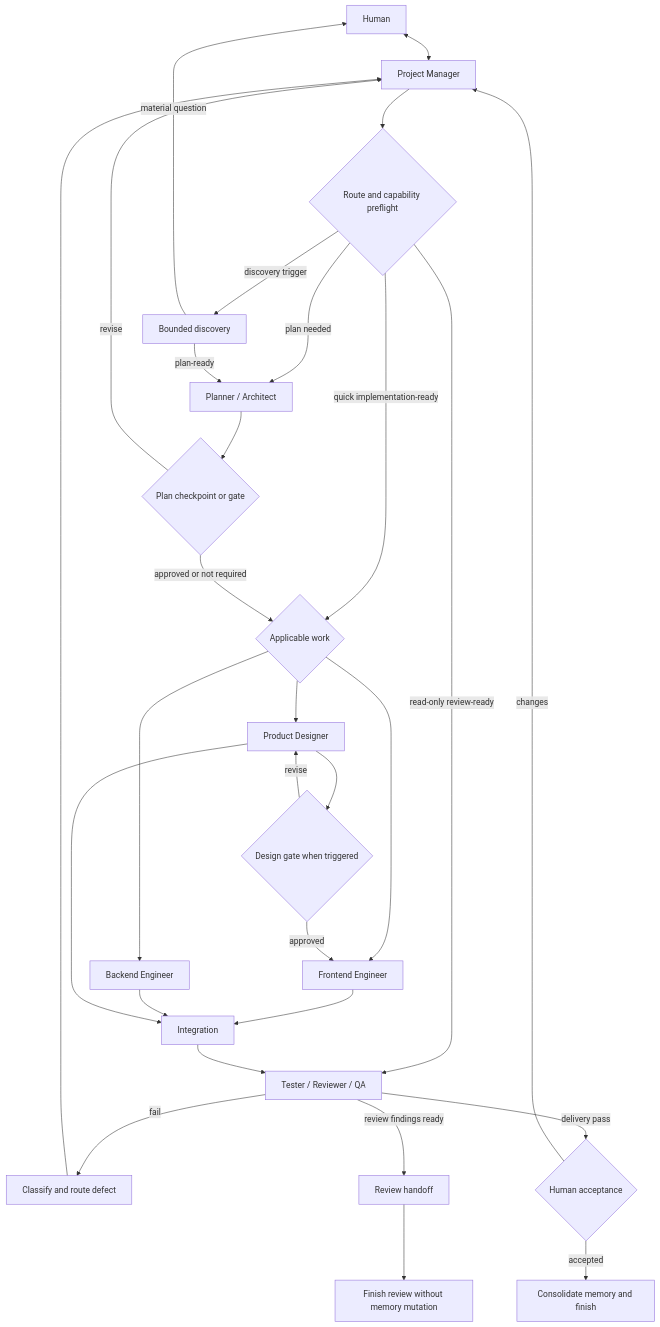
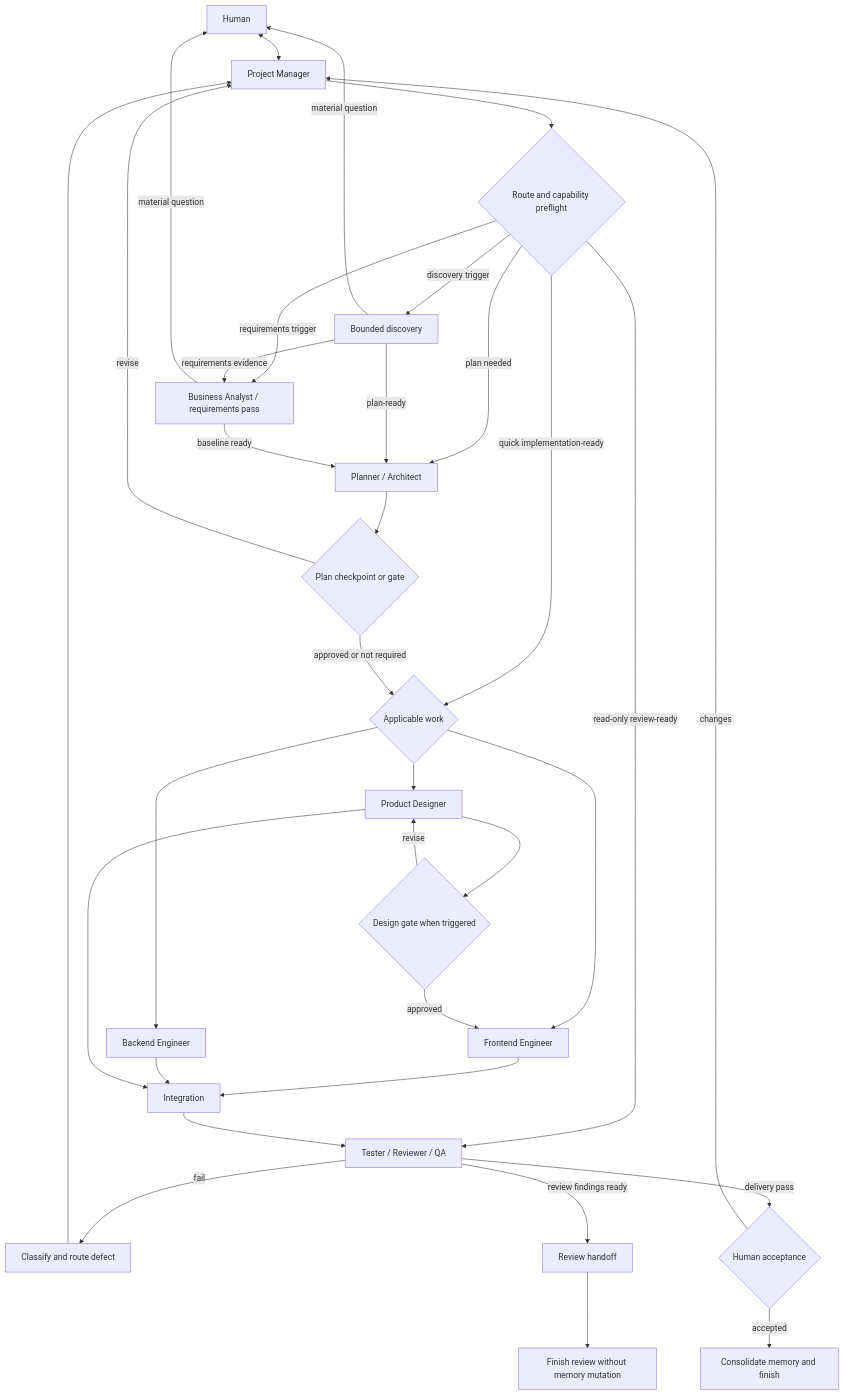
The diagram in skills/best-in-code/references/workflow-graph.md (kingggg5/harness), drawn with Mermaid before and after one commit. The commit also changed other lines of this file and 27 other files, not shown here.

````diff
--- a/skills/best-in-code/references/workflow-graph.md
+++ b/skills/best-in-code/references/workflow-graph.md
@@ -7,31 +7,35 @@
 ```mermaid
 flowchart TD
 	H[Human] <--> PM[Project Manager]
 	PM --> R{Route and capability preflight}
 	R -->|discovery trigger| D[Bounded discovery]
+	R -->|requirements trigger| BA[Business Analyst / requirements pass]
 	R -->|plan needed| P[Planner / Architect]
 	R -->|quick implementation-ready| C{Applicable work}
 	R -->|read-only review-ready| QA[Tester / Reviewer / QA]
 	D -->|material question| H
+	D -->|requirements evidence| BA
 	D -->|plan-ready| P
+	BA -->|material question| H
+	BA -->|baseline ready| P
 	P --> PG{Plan checkpoint or gate}
 	PG -->|revise| PM
 	PG -->|approved or not required| C{Applicable work}
 	C --> DS[Product Designer]
 	C --> FE[Frontend Engineer]
 	C --> BE[Backend Engineer]
 	DS --> DG{Design gate when triggered}
 	DG -->|revise| DS
 	DG -->|approved| FE
 	FE --> I[Integration]
 	BE --> I
 	DS --> I
 	I --> QA
 	QA -->|fail| T[Classify and route defect]
 	T --> PM
 	QA -->|delivery pass| A{Human acceptance}
 	QA -->|review findings ready| RH[Review handoff]
 	A -->|changes| PM
 	A -->|accepted| M[Consolidate memory and finish]
 	RH --> RD[Finish review without memory mutation]
 ```
````
